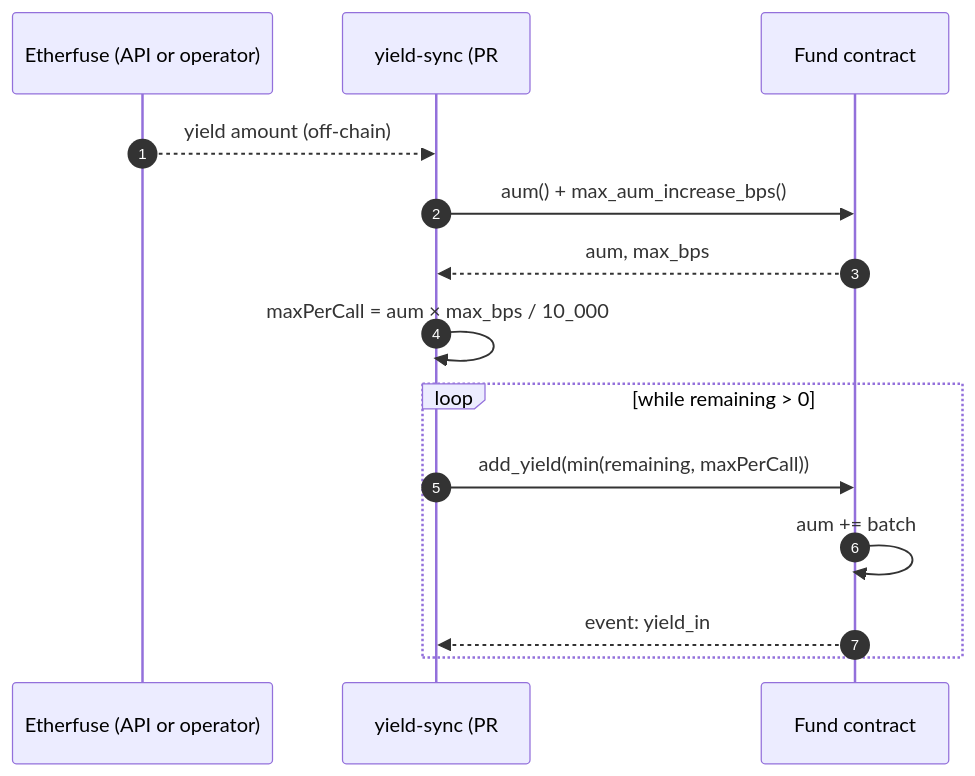
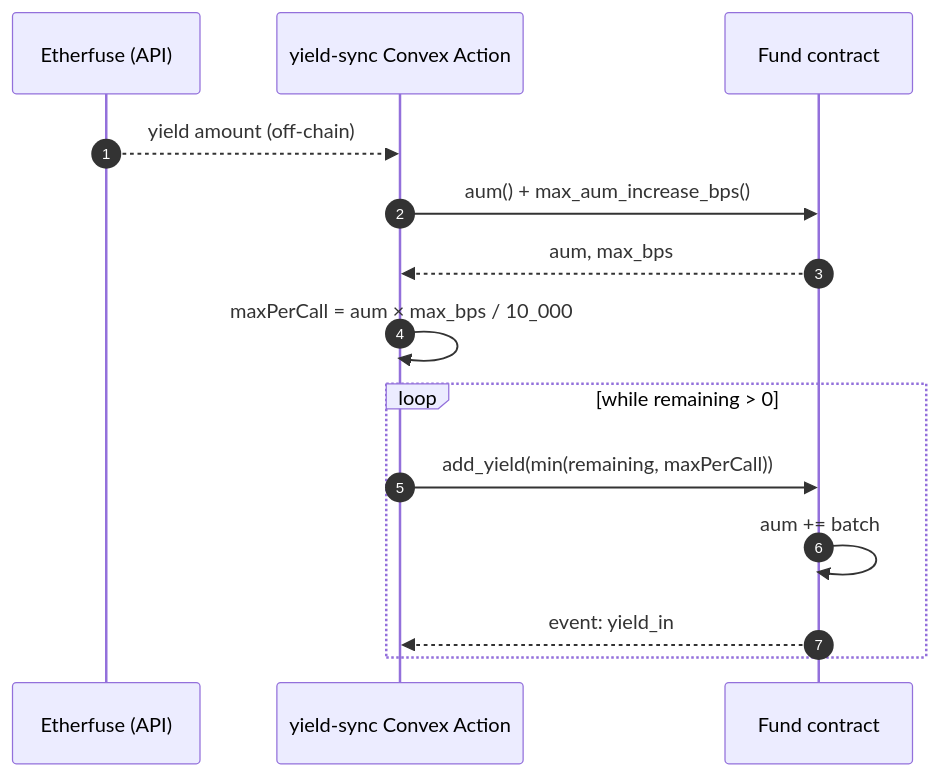
Before and after one commit to mutav-finance/mutav-stellar: the third of 7 diagrams in docs/architecture/06-canonical-flows.md, drawn with Mermaid. The commit also changed other lines of this file and 12 other files, not shown here.

First line of the commit message:
docs: consolidate target architecture per #57 (#58)

````diff
--- a/docs/architecture/06-canonical-flows.md
+++ b/docs/architecture/06-canonical-flows.md
@@ -58,17 +58,17 @@
 ```mermaid
 sequenceDiagram
     autonumber
-    participant E as Etherfuse (API or operator)
-    participant D as yield-sync (PR #24)
+    participant E as Etherfuse (API)
+    participant A as yield-sync Convex Action
     participant F as Fund contract
 
-    E-->>D: yield amount (off-chain)
-    D->>F: aum() + max_aum_increase_bps()
-    F-->>D: aum, max_bps
-    D->>D: maxPerCall = aum × max_bps / 10_000
+    E-->>A: yield amount (off-chain)
+    A->>F: aum() + max_aum_increase_bps()
+    F-->>A: aum, max_bps
+    A->>A: maxPerCall = aum × max_bps / 10_000
     loop while remaining > 0
-        D->>F: add_yield(min(remaining, maxPerCall))
+        A->>F: add_yield(min(remaining, maxPerCall))
         F->>F: aum += batch
-        F-->>D: event: yield_in
+        F-->>A: event: yield_in
     end
 ```
````
